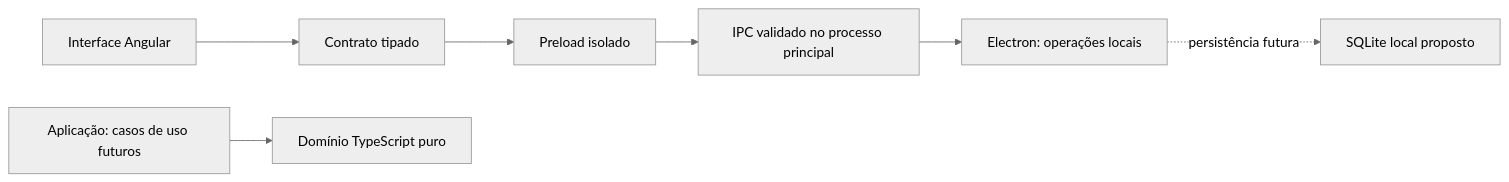
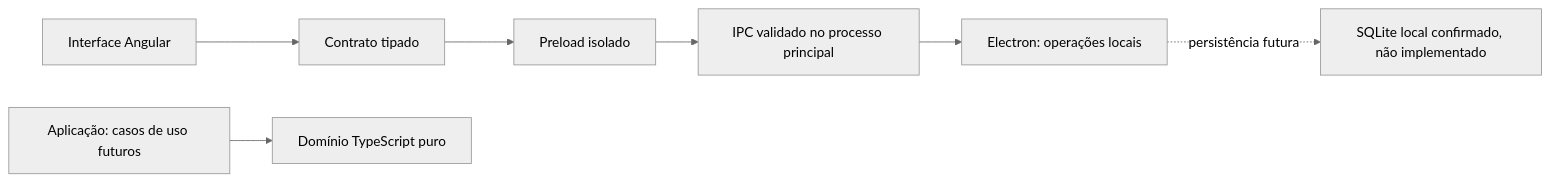
Before and after one commit to GabrielNZ/FinDesk: the diagram in docs/ARCHITECTURE.md, drawn with Mermaid (neutral theme). The commit also changed other lines of this file and 12 other files, not shown here.

````diff
--- a/docs/ARCHITECTURE.md
+++ b/docs/ARCHITECTURE.md
@@ -5,9 +5,9 @@
 ```mermaid
 flowchart LR
   UI[Interface Angular] --> API[Contrato tipado]
   API --> PRE[Preload isolado]
   PRE --> IPC[IPC validado no processo principal]
   IPC --> MAIN[Electron: operações locais]
   APP[Aplicação: casos de uso futuros] --> DOMAIN[Domínio TypeScript puro]
-  MAIN -. persistência futura .-> SQLITE[SQLite local proposto]
+  MAIN -. persistência futura .-> SQLITE[SQLite local confirmado, não implementado]
 ```
````
